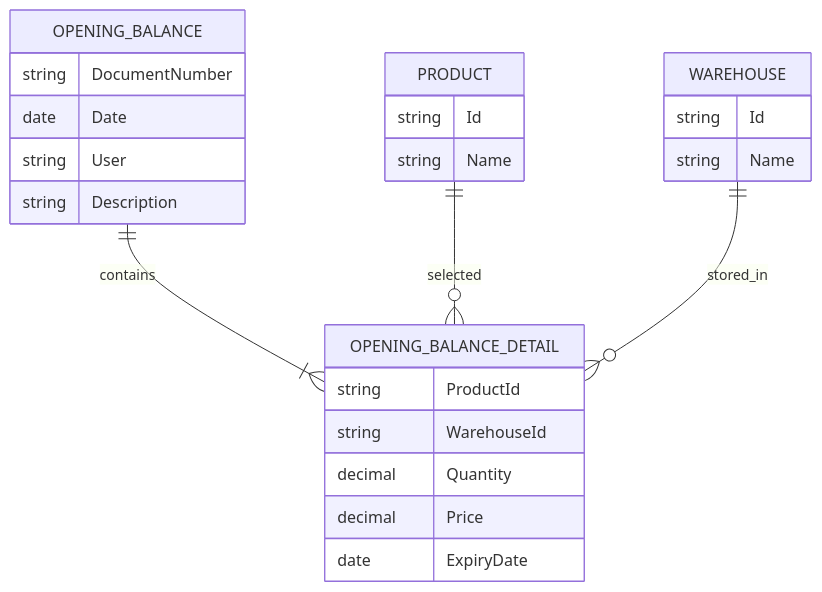
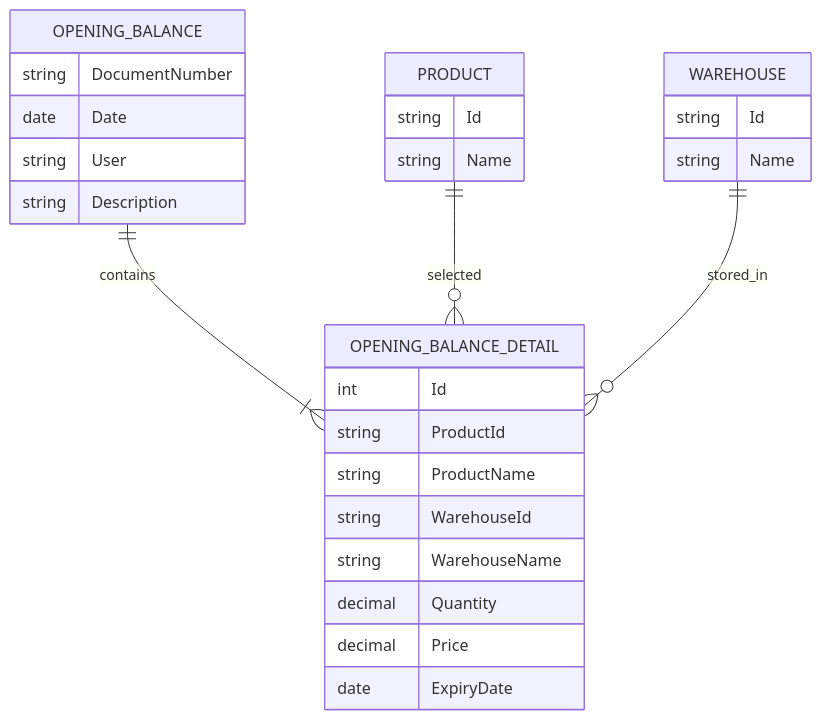
The third of 5 diagrams in README.md (OpeningBalance-Team/opening-balance-management), drawn with Mermaid before and after one commit. The commit also changed other lines of this file and 5 other files, not shown here.

````diff
--- a/README.md
+++ b/README.md
@@ -167,32 +270,35 @@
 ```mermaid
 erDiagram
 
     OPENING_BALANCE ||--|{ OPENING_BALANCE_DETAIL : contains
     PRODUCT ||--o{ OPENING_BALANCE_DETAIL : selected
     WAREHOUSE ||--o{ OPENING_BALANCE_DETAIL : stored_in
 
     OPENING_BALANCE {
         string DocumentNumber
         date Date
         string User
         string Description
     }
 
     OPENING_BALANCE_DETAIL {
+        int Id
         string ProductId
+        string ProductName
         string WarehouseId
+        string WarehouseName
         decimal Quantity
         decimal Price
         date ExpiryDate
     }
 
     PRODUCT {
         string Id
         string Name
     }
 
     WAREHOUSE {
         string Id
         string Name
     }
 ```
````
